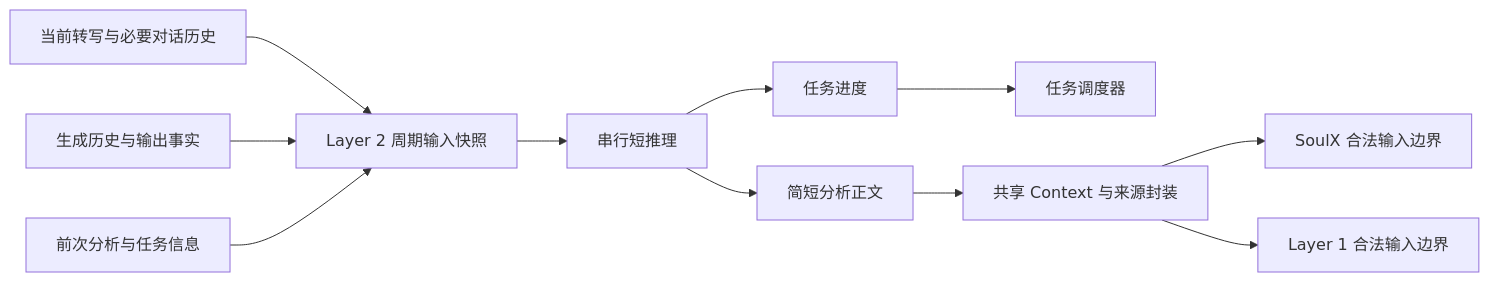
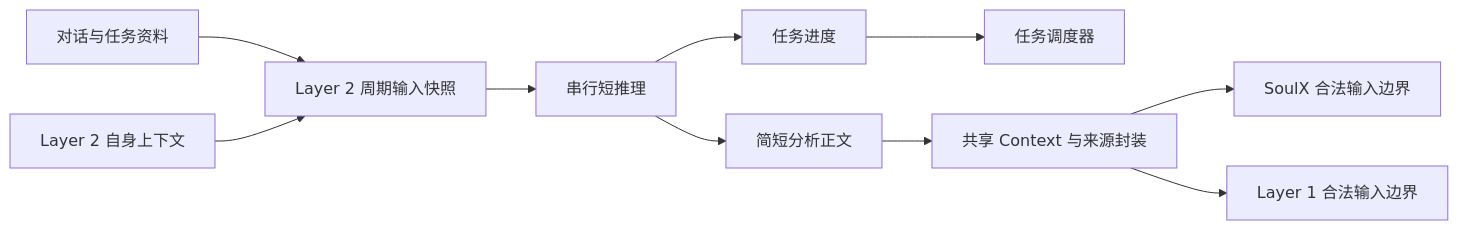
Before and after one commit to Vitalrubbish/InterClarify: the diagram in docs/dev/layer2/protocol.md, drawn with Mermaid. The commit also changed other lines of this file and 6 other files, not shown here.

````diff
--- a/docs/dev/layer2/protocol.md
+++ b/docs/dev/layer2/protocol.md
@@ -15,13 +15,12 @@
 ```mermaid
 flowchart LR
-    U[当前转写与必要对话历史] --> I[Layer 2 周期输入快照]
-    H[生成历史与输出事实] --> I
-    P[前次分析与任务信息] --> I
+    D[对话与任务资料] --> I[Layer 2 周期输入快照]
+    P[Layer 2 自身上下文] --> I
     I --> L[串行短推理]
     L --> A[简短分析正文]
     L --> Q[任务进度]
     Q --> S[任务调度器]
     A --> C[共享 Context 与来源封装]
     C --> X[SoulX 合法输入边界]
     C --> E[Layer 1 合法输入边界]
 ```
````
